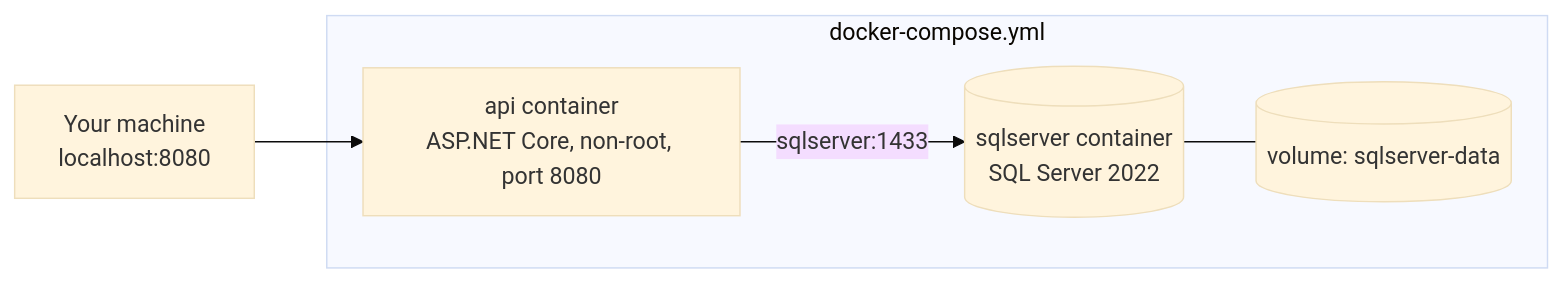
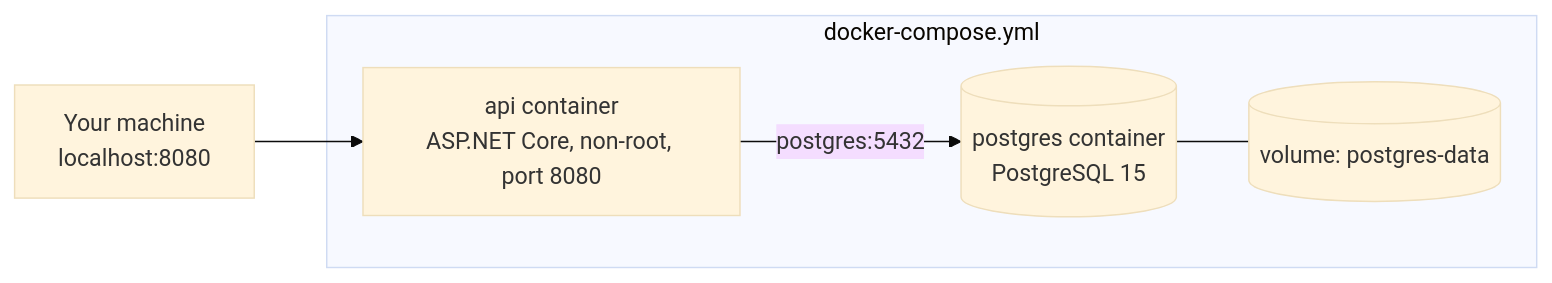
Before and after one commit to shawaiz12/Creator_Analysis_App: the fifth of 6 diagrams in README.md, drawn with Mermaid (base theme). The commit also changed other lines of this file and 3 other files, not shown here.

Commit message:
Document the switch to PostgreSQL (ADR 0007) and update the README

````diff
--- a/README.md
+++ b/README.md
@@ -267,13 +267,13 @@
 ```mermaid
 flowchart LR
     You["Your machine<br/>localhost:8080"] --> API
 
     subgraph Compose["docker-compose.yml"]
         API["api container<br/>ASP.NET Core, non-root, port 8080"]
-        SQL[("sqlserver container<br/>SQL Server 2022")]
-        Vol[("volume: sqlserver-data")]
+        SQL[("postgres container<br/>PostgreSQL 15")]
+        Vol[("volume: postgres-data")]
     end
 
-    API -->|"sqlserver:1433"| SQL
+    API -->|"postgres:5432"| SQL
     SQL --- Vol
 ```
````
